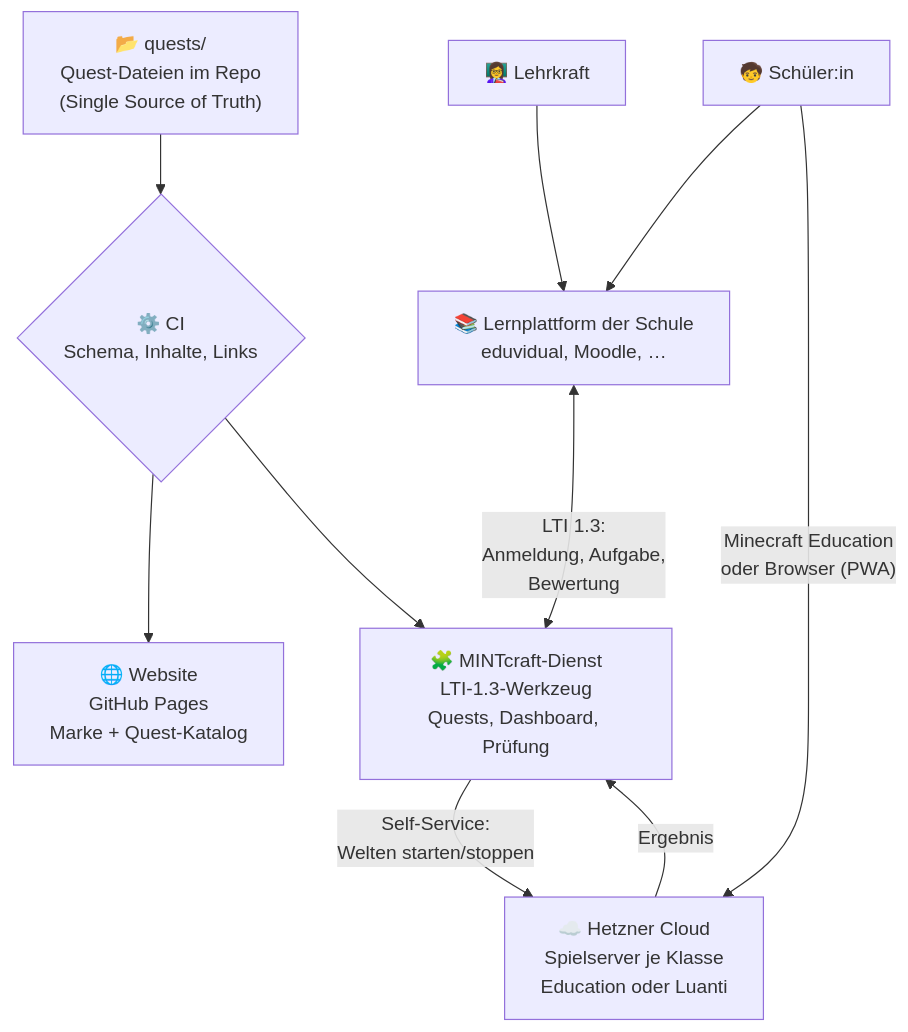
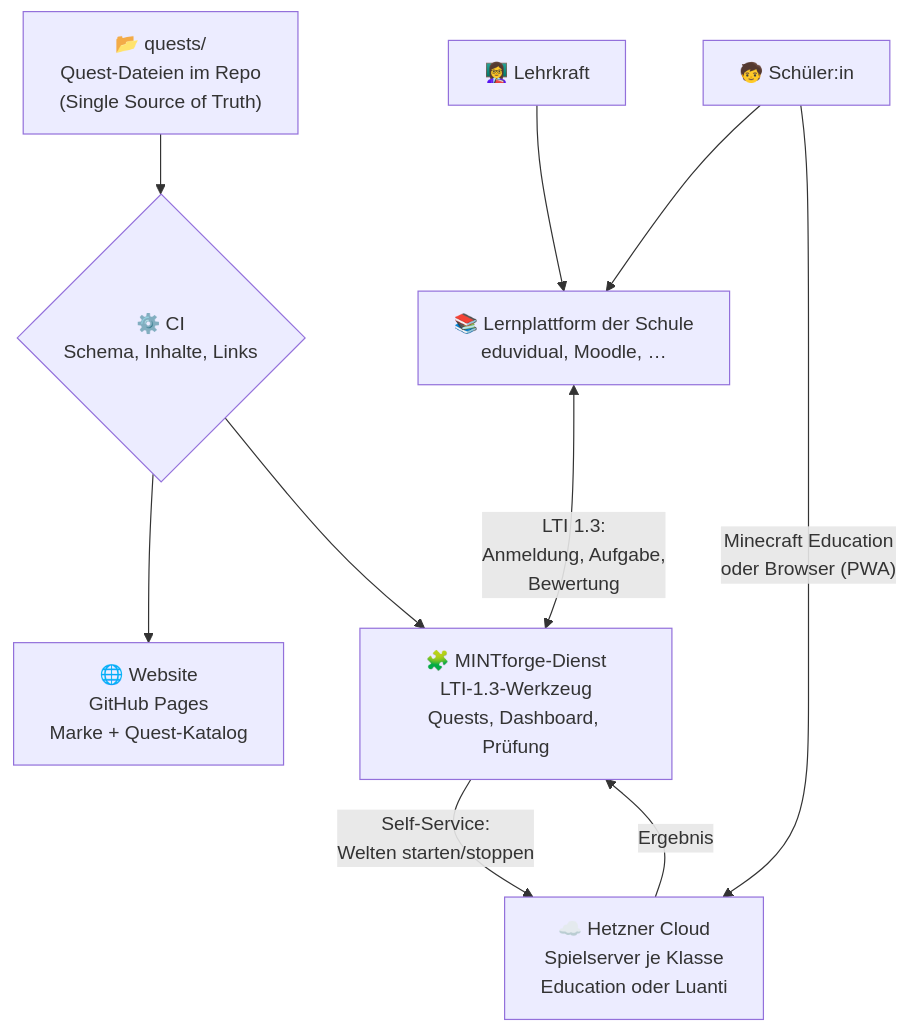
The second of 6 diagrams in docs/konzept.md (apachler/MINTforge), drawn with Mermaid before and after one commit. The commit also changed other lines of this file and 4 other files, not shown here.

````diff
--- a/docs/konzept.md
+++ b/docs/konzept.md
@@ -185,12 +195,12 @@
 ```mermaid
 flowchart TB
     Q["📂 quests/<br/>Quest-Dateien im Repo<br/>(Single Source of Truth)"] --> CI{"⚙️ CI<br/>Schema, Inhalte, Links"}
     CI --> W["🌐 Website<br/>GitHub Pages<br/>Marke + Quest-Katalog"]
-    CI --> T["🧩 MINTcraft-Dienst<br/>LTI-1.3-Werkzeug<br/>Quests, Dashboard, Prüfung"]
+    CI --> T["🧩 MINTforge-Dienst<br/>LTI-1.3-Werkzeug<br/>Quests, Dashboard, Prüfung"]
     LMS["📚 Lernplattform der Schule<br/>eduvidual, Moodle, …"] <-- "LTI 1.3:<br/>Anmeldung, Aufgabe,<br/>Bewertung" --> T
     T -- "Self-Service:<br/>Welten starten/stoppen" --> H["☁️ Hetzner Cloud<br/>Spielserver je Klasse<br/>Education oder Luanti"]
     H -- "Ergebnis" --> T
     L["👩‍🏫 Lehrkraft"] --> LMS
     K["🧒 Schüler:in"] --> LMS
     K -- "Minecraft Education<br/>oder Browser (PWA)" --> H
 ```
````
